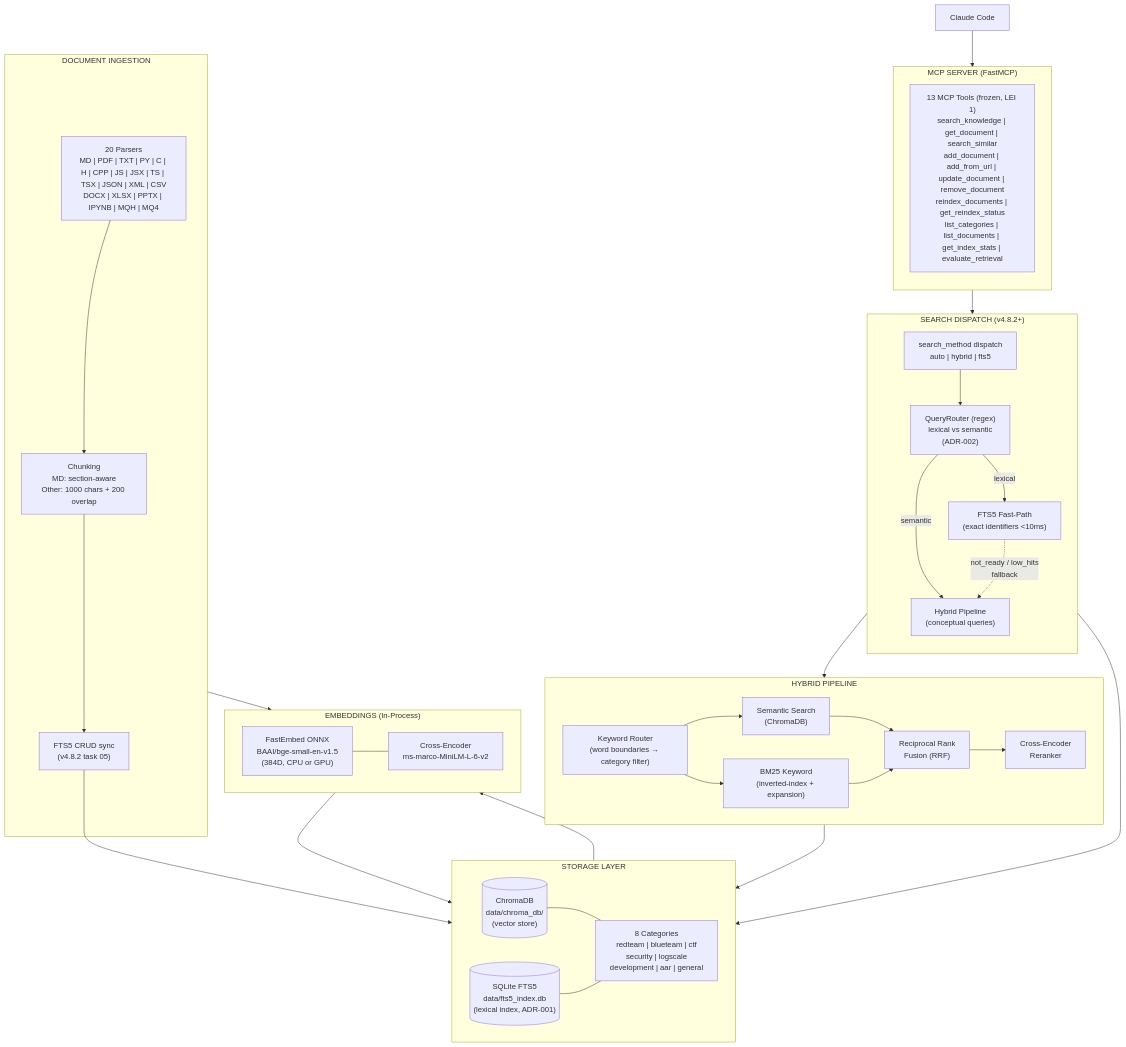
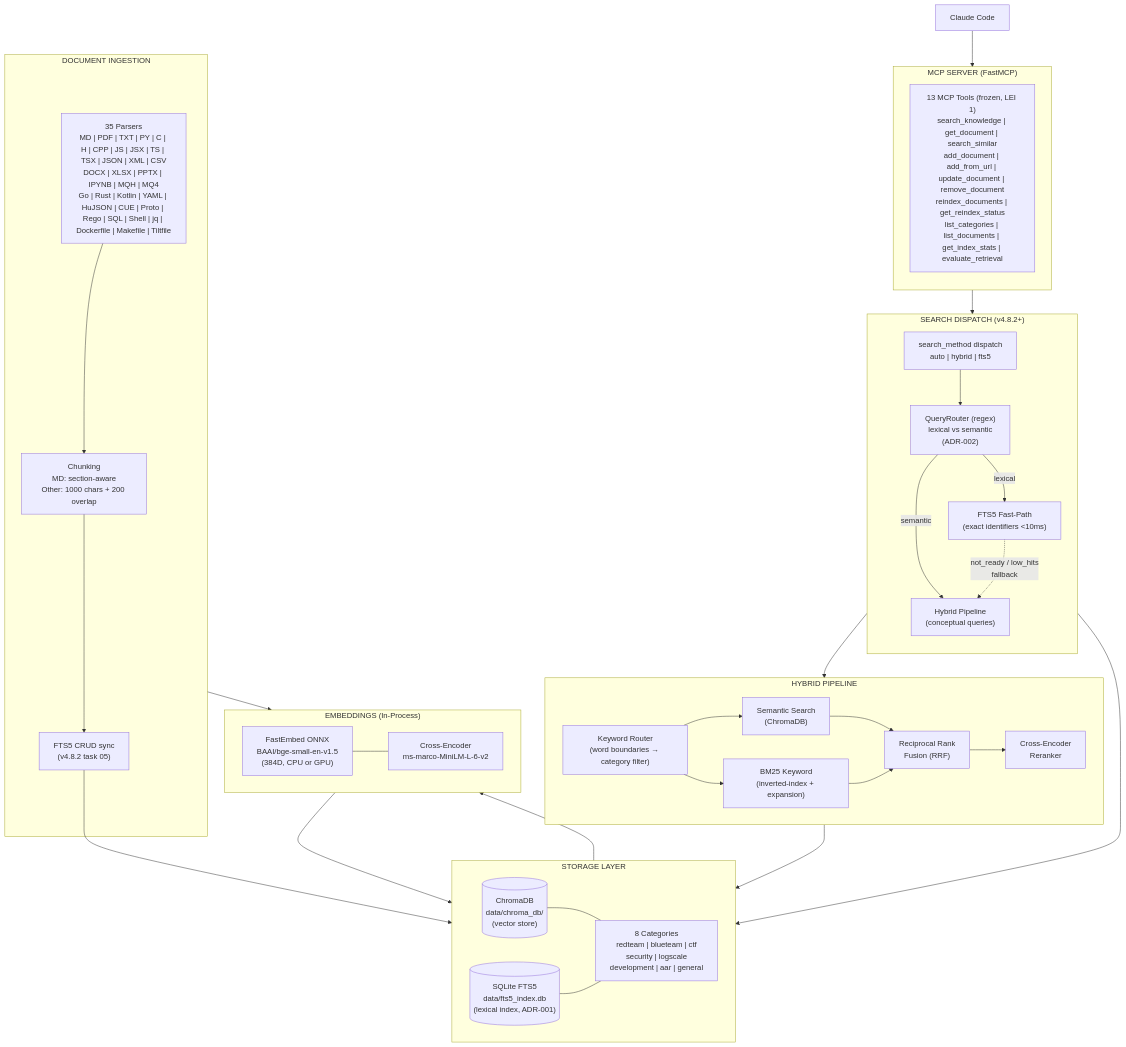
One commit to imakealol/knowledge-rag changed the first of 4 diagrams in docs/ARCHITECTURE.md. Above: the diagram before and after it, drawn with Mermaid. The commit also changed other lines of this file and 4 other files, not shown here.

````diff
--- a/docs/ARCHITECTURE.md
+++ b/docs/ARCHITECTURE.md
@@ -20,67 +20,67 @@
 ```mermaid
 flowchart TB
     subgraph MCP["MCP SERVER (FastMCP)"]
         direction TB
         TOOLS["13 MCP Tools (frozen, LEI 1)<br/>search_knowledge | get_document | search_similar<br/>add_document | add_from_url | update_document | remove_document<br/>reindex_documents | get_reindex_status<br/>list_categories | list_documents | get_index_stats | evaluate_retrieval"]
     end
 
     subgraph SEARCH["SEARCH DISPATCH (v4.8.2+)"]
         direction TB
         SM["search_method dispatch<br/>auto | hybrid | fts5"]
         QROUTER["QueryRouter (regex)<br/>lexical vs semantic<br/>(ADR-002)"]
         FTS5PATH["FTS5 Fast-Path<br/>(exact identifiers <10ms)"]
         HYBRIDPATH["Hybrid Pipeline<br/>(conceptual queries)"]
 
         SM --> QROUTER
         QROUTER -->|lexical| FTS5PATH
         QROUTER -->|semantic| HYBRIDPATH
         FTS5PATH -.->|not_ready / low_hits<br/>fallback| HYBRIDPATH
     end
 
     subgraph HYBRID["HYBRID PIPELINE"]
         direction LR
         KWROUTER["Keyword Router<br/>(word boundaries → category filter)"]
         SEMANTIC["Semantic Search<br/>(ChromaDB)"]
         BM25["BM25 Keyword<br/>(inverted-index + expansion)"]
         RRF["Reciprocal Rank<br/>Fusion (RRF)"]
         RERANK["Cross-Encoder<br/>Reranker"]
 
         KWROUTER --> SEMANTIC
         KWROUTER --> BM25
         SEMANTIC --> RRF
         BM25 --> RRF
         RRF --> RERANK
     end
 
     subgraph STORAGE["STORAGE LAYER"]
         direction LR
         CHROMA[("ChromaDB<br/>data/chroma_db/<br/>(vector store)")]
         FTS5DB[("SQLite FTS5<br/>data/fts5_index.db<br/>(lexical index, ADR-001)")]
         COLLECTIONS["8 Categories<br/>redteam | blueteam | ctf<br/>security | logscale<br/>development | aar | general"]
         CHROMA --- COLLECTIONS
         FTS5DB --- COLLECTIONS
     end
 
     subgraph EMBED["EMBEDDINGS (In-Process)"]
         FASTEMBED["FastEmbed ONNX<br/>BAAI/bge-small-en-v1.5<br/>(384D, CPU or GPU)"]
         CROSSENC["Cross-Encoder<br/>ms-marco-MiniLM-L-6-v2"]
         FASTEMBED --- CROSSENC
     end
 
     subgraph INGEST["DOCUMENT INGESTION"]
-        PARSERS["20 Parsers<br/>MD | PDF | TXT | PY | C | H | CPP | JS | JSX | TS | TSX | JSON | XML | CSV<br/>DOCX | XLSX | PPTX | IPYNB | MQH | MQ4"]
+        PARSERS["35 Parsers<br/>MD | PDF | TXT | PY | C | H | CPP | JS | JSX | TS | TSX | JSON | XML | CSV<br/>DOCX | XLSX | PPTX | IPYNB | MQH | MQ4<br/>Go | Rust | Kotlin | YAML | HuJSON | CUE | Proto | Rego | SQL | Shell | jq | Dockerfile | Makefile | Tiltfile"]
         CHUNKER["Chunking<br/>MD: section-aware<br/>Other: 1000 chars + 200 overlap"]
         FTS5SYNC["FTS5 CRUD sync<br/>(v4.8.2 task 05)"]
         PARSERS --> CHUNKER --> FTS5SYNC
     end
 
     CLAUDE["Claude Code"] --> MCP
     MCP --> SEARCH
     HYBRIDPATH --> HYBRID
     FTS5PATH --> FTS5DB
     HYBRID --> STORAGE
     STORAGE --> EMBED
     INGEST --> EMBED
     EMBED --> STORAGE
     FTS5SYNC --> FTS5DB
 ```
````
